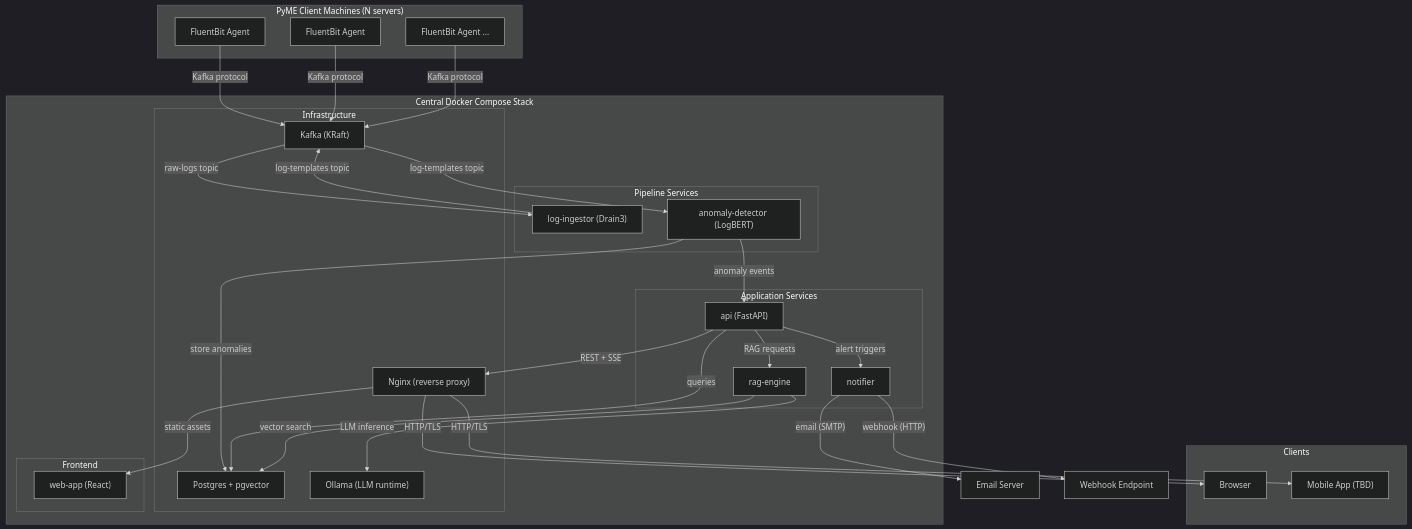
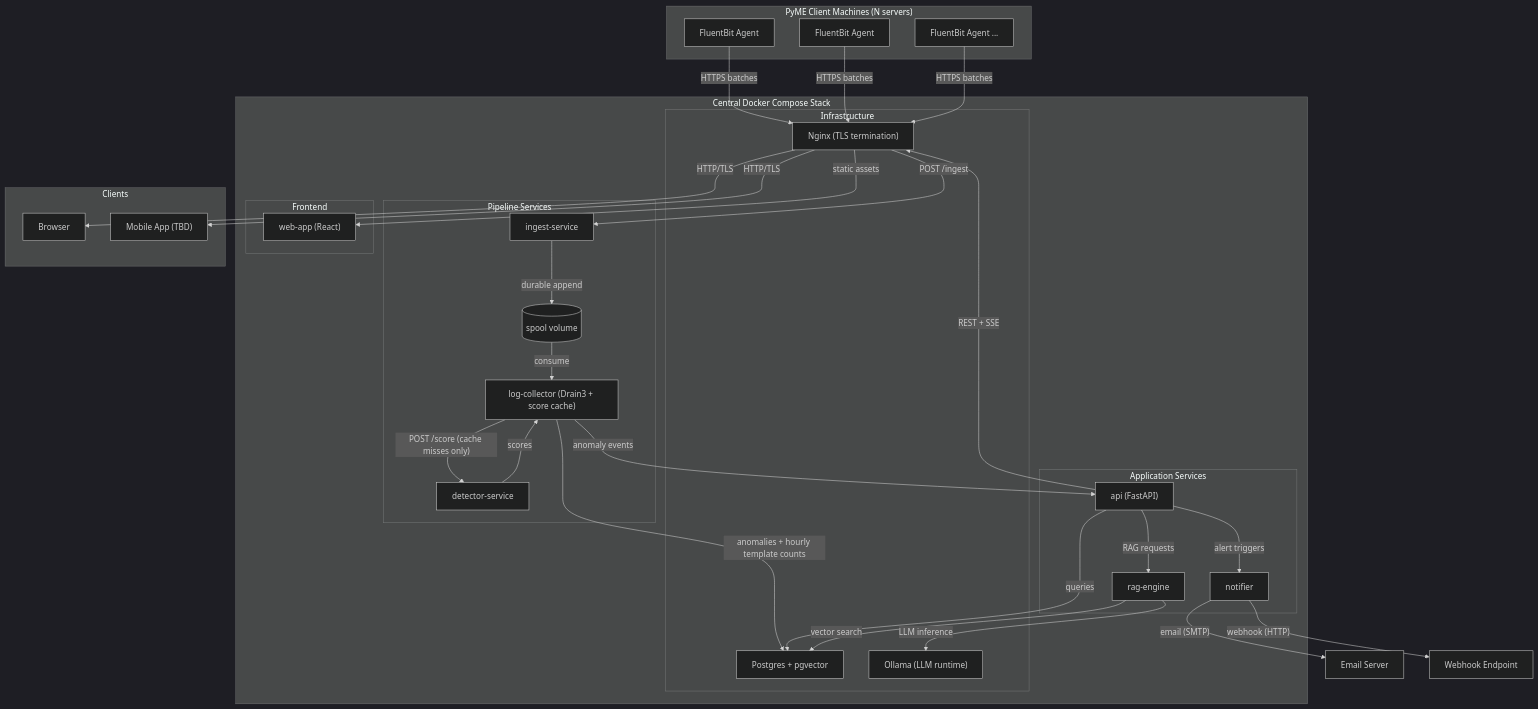
One commit to SerraFacundo/anomaly-watch changed the first of 5 diagrams in ARCHITECTURE.md. Above: the diagram before and after it, drawn with Mermaid (dark theme). The commit also changed other lines of this file and 33 other files, not shown here.

First line of the commit message:
feat: brokerless log transport — ingest, collector, score cache

````diff
--- a/ARCHITECTURE.md
+++ b/ARCHITECTURE.md
@@ -55,63 +55,66 @@
 ```mermaid
 graph TB
     subgraph "PyME Client Machines (N servers)"
         FB1["FluentBit Agent"]
         FB2["FluentBit Agent"]
         FBN["FluentBit Agent ..."]
     end
 
     subgraph "Central Docker Compose Stack"
         subgraph "Infrastructure"
-            KAFKA["Kafka (KRaft)"]
             PG["Postgres + pgvector"]
-            NGINX["Nginx (reverse proxy)"]
+            NGINX["Nginx (TLS termination)"]
             OLLAMA["Ollama (LLM runtime)"]
         end
 
         subgraph "Pipeline Services"
-            INGESTOR["log-ingestor (Drain3)"]
-            DETECTOR["anomaly-detector (LogBERT)"]
+            INGEST["ingest-service"]
+            SPOOL[("spool volume")]
+            COLLECTOR["log-collector (Drain3 + score cache)"]
+            DETECTOR["detector-service"]
         end
 
         subgraph "Application Services"
             API["api (FastAPI)"]
             RAG["rag-engine"]
             NOTIFIER["notifier"]
         end
 
         subgraph "Frontend"
             WEBAPP["web-app (React)"]
         end
     end
 
     subgraph "Clients"
         BROWSER["Browser"]
         MOBILE["Mobile App (TBD)"]
     end
 
-    FB1 -- "Kafka protocol" --> KAFKA
-    FB2 -- "Kafka protocol" --> KAFKA
-    FBN -- "Kafka protocol" --> KAFKA
+    FB1 -- "HTTPS batches" --> NGINX
+    FB2 -- "HTTPS batches" --> NGINX
+    FBN -- "HTTPS batches" --> NGINX
 
-    KAFKA -- "raw-logs topic" --> INGESTOR
-    INGESTOR -- "log-templates topic" --> KAFKA
-    KAFKA -- "log-templates topic" --> DETECTOR
+    NGINX -- "POST /ingest" --> INGEST
+    INGEST -- "durable append" --> SPOOL
+    SPOOL -- "consume" --> COLLECTOR
+    COLLECTOR -- "POST /score (cache misses only)" --> DETECTOR
+    DETECTOR -- "scores" --> COLLECTOR
 
-    DETECTOR -- "anomaly events" --> API
-    DETECTOR -- "store anomalies" --> PG
+    COLLECTOR -- "anomaly events" --> API
+    COLLECTOR -- "anomalies + hourly template counts" --> PG
 
     API -- "REST + SSE" --> NGINX
     API -- "queries" --> PG
     API -- "RAG requests" --> RAG
 
     RAG -- "vector search" --> PG
     RAG -- "LLM inference" --> OLLAMA
 
     API -- "alert triggers" --> NOTIFIER
     NOTIFIER -- "email (SMTP)" --> EMAIL["Email Server"]
     NOTIFIER -- "webhook (HTTP)" --> WEBHOOK["Webhook Endpoint"]
 
     NGINX -- "HTTP/TLS" --> BROWSER
     NGINX -- "HTTP/TLS" --> MOBILE
     NGINX -- "static assets" --> WEBAPP
 ```
````
